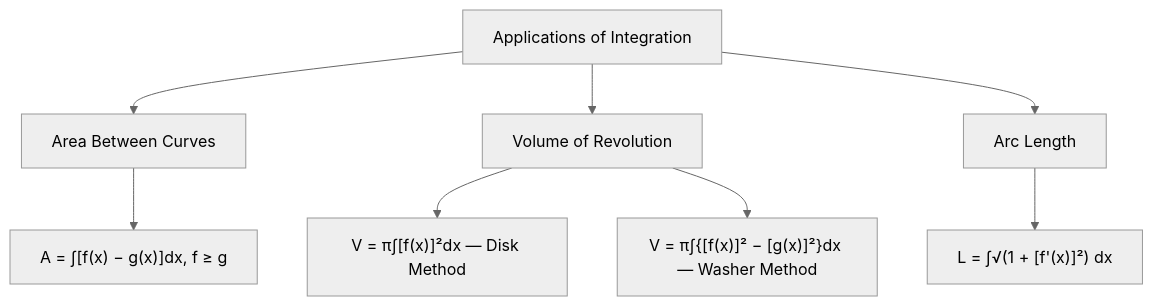
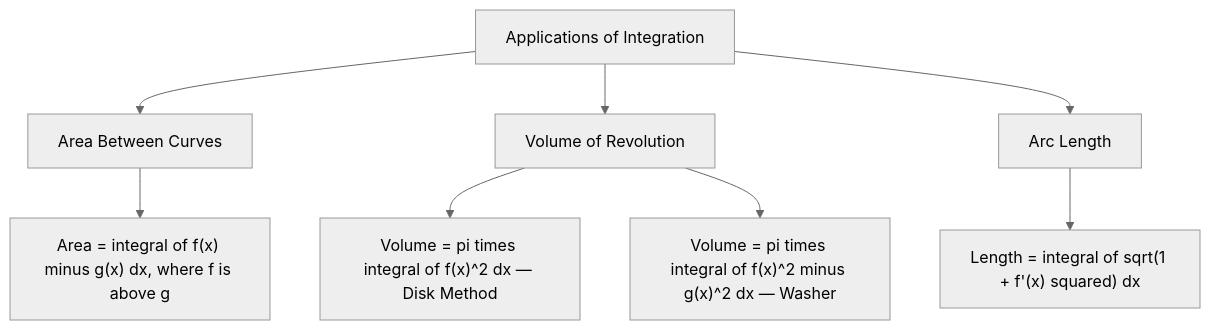
The diagram in content/mth201/applications-of-integration.mdx (biigmercury/My_Study_App), drawn with Mermaid (neutral theme) before and after one commit. The commit also changed 7 other files, not shown here.

First line of the commit message:
fix: repair broken Mermaid diagrams in MTH 201 content + add logo

````diff
--- a/content/mth201/applications-of-integration.mdx
+++ b/content/mth201/applications-of-integration.mdx
@@ -164,10 +164,10 @@
 ```mermaid
 flowchart TD
     A[Applications of Integration] --> B[Area Between Curves]
     A --> C[Volume of Revolution]
     A --> D[Arc Length]
-    B --> E["A = ∫[f(x) − g(x)]dx, f ≥ g"]
-    C --> F["V = π∫[f(x)]²dx — Disk Method"]
-    C --> G["V = π∫{[f(x)]² − [g(x)]²}dx — Washer Method"]
-    D --> H["L = ∫√(1 + [f'(x)]²) dx"]
+    B --> E["Area = integral of f(x) minus g(x) dx, where f is above g"]
+    C --> F["Volume = pi times integral of f(x)^2 dx — Disk Method"]
+    C --> G["Volume = pi times integral of f(x)^2 minus g(x)^2 dx — Washer"]
+    D --> H["Length = integral of sqrt(1 + f'(x) squared) dx"]
 ```
````
